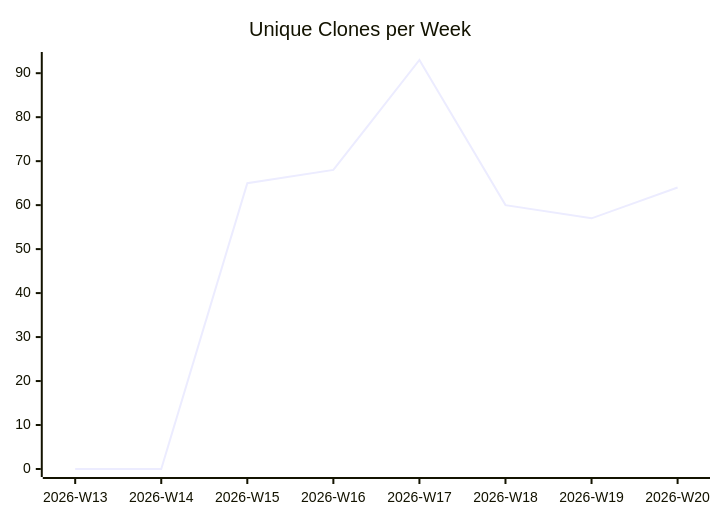
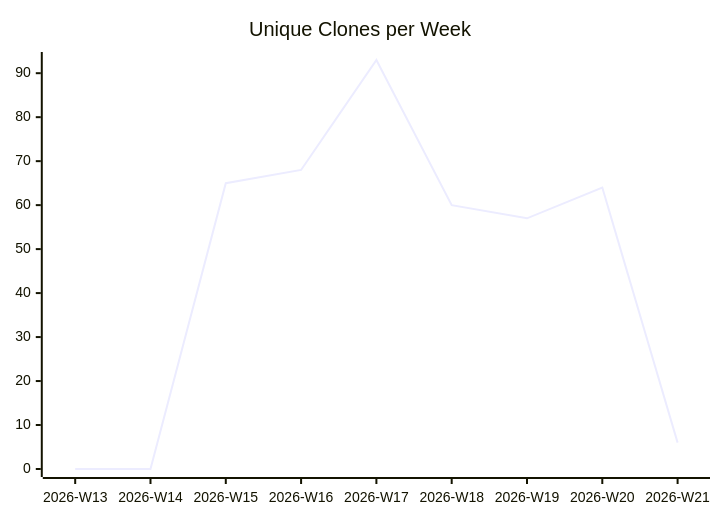
One commit to justdavis-family/github-analytics-data changed the third of 3 diagrams in justdavis-family/github-analytics-data/README.md. Above: the diagram before and after it, drawn with Mermaid. The commit also changed other lines of this file and 189 other files, not shown here.

````diff
--- a/justdavis-family/github-analytics-data/README.md
+++ b/justdavis-family/github-analytics-data/README.md
@@ -19,6 +19,6 @@
 ```mermaid
 xychart-beta
   title "Unique Clones per Week"
-  x-axis ["2026-W13", "2026-W14", "2026-W15", "2026-W16", "2026-W17", "2026-W18", "2026-W19", "2026-W20"]
-  line [0, 0, 65, 68, 93, 60, 57, 64]
+  x-axis ["2026-W13", "2026-W14", "2026-W15", "2026-W16", "2026-W17", "2026-W18", "2026-W19", "2026-W20", "2026-W21"]
+  line [0, 0, 65, 68, 93, 60, 57, 64, 6]
 ```
````
